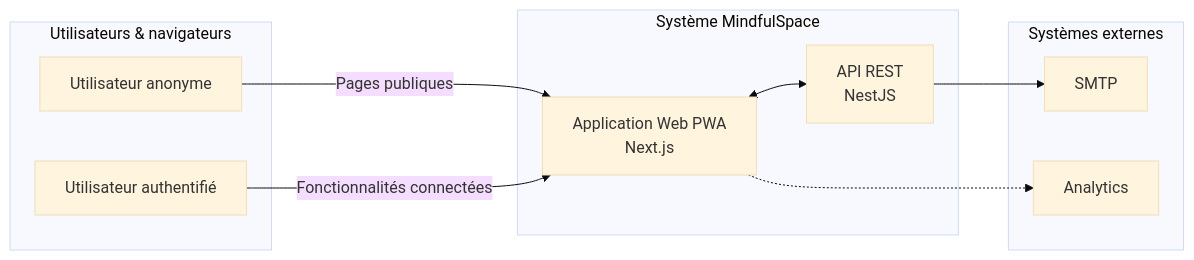
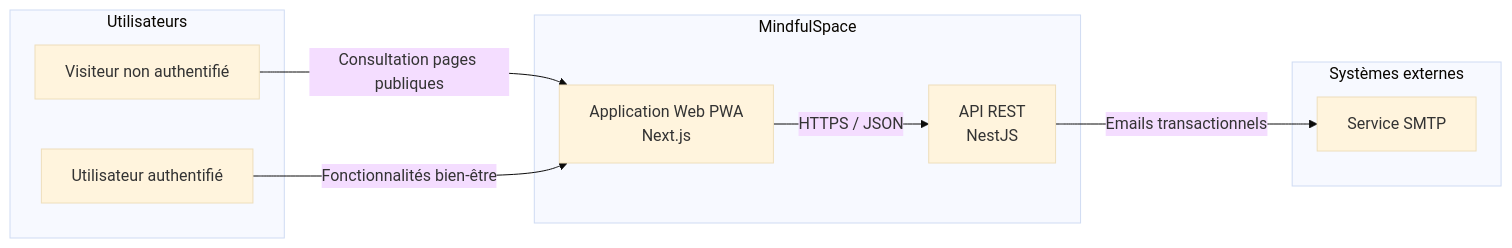
One commit to Dolphynx/mindfulspace changed the diagram in docs/archi/c4/c1-context.md. Above: the diagram before and after it, drawn with Mermaid (base theme). The commit also changed other lines of this file and 44 other files, not shown here.

````diff
--- a/docs/archi/c4/c1-context.md
+++ b/docs/archi/c4/c1-context.md
@@ -3,25 +6,23 @@
 ```mermaid
 flowchart LR
-%% Contexte global MindfulSpace
 
-subgraph internet [Utilisateurs & navigateurs]
-  userAnon[Utilisateur anonyme]
-  userAuth[Utilisateur authentifié]
+subgraph Users["Utilisateurs"]
+  anon[Visiteur non authentifié]
+  auth[Utilisateur authentifié]
 end
 
-subgraph mindfulSpace [Système MindfulSpace]
-  appWeb[Application Web PWA\nNext.js]
-  apiSrv[API REST\nNestJS]
+subgraph System["MindfulSpace"]
+  front[Application Web PWA\nNext.js]
+  api[API REST\nNestJS]
 end
 
-subgraph externals [Systèmes externes]
-  mailSrv[SMTP]
-  analyticsSrv[Analytics]
+subgraph External["Systèmes externes"]
+  mail[Service SMTP]
 end
 
-userAnon -->|Pages publiques| appWeb
-userAuth -->|Fonctionnalités connectées| appWeb
-appWeb <--> apiSrv
-apiSrv --> mailSrv
-appWeb -.-> analyticsSrv
+anon -->|Consultation pages publiques| front
+auth -->|Fonctionnalités bien-être| front
+
+front -->|HTTPS / JSON| api
+api -->|Emails transactionnels| mail
 ```
````
